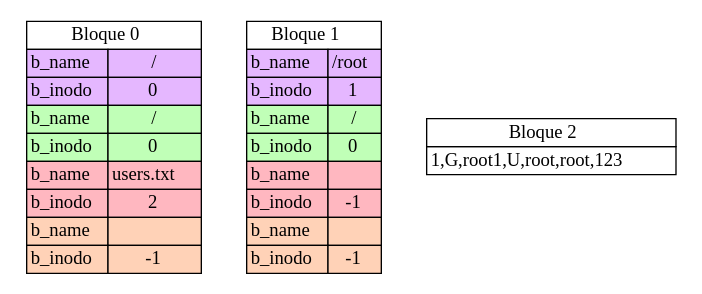
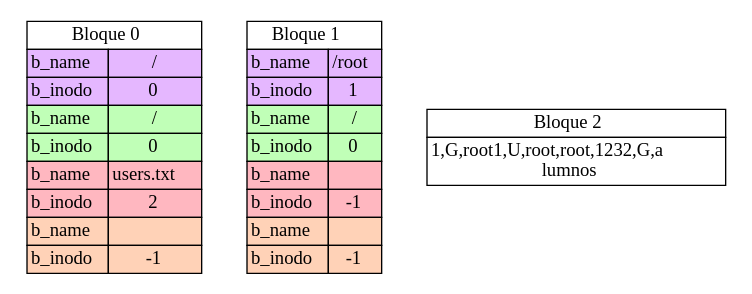
One commit to RojasCJP/Archivos_Practica1 changed the diagram in cmake-build-debug/report_blocks.dot. Above: the diagram before and after it, drawn with Graphviz. The commit also changed 14 other files, not shown here.

```diff
--- a/cmake-build-debug/report_blocks.dot
+++ b/cmake-build-debug/report_blocks.dot
@@ -1,36 +1,37 @@
 digraph di{
 b_0[ shape=plaintext label=< 
 <table border='0' cellborder='1' cellspacing='0'>
 <tr><td port="0" colspan="3">Bloque 0</td></tr>
 <tr><td bgcolor="#e5b7ff">b_name</td><td bgcolor="#e5b7ff" >/</td></tr>
 <tr><td bgcolor="#e5b7ff">b_inodo</td><td bgcolor="#e5b7ff">0</td></tr>
 <tr><td bgcolor="#c0ffb7">b_name</td><td bgcolor="#c0ffb7" >/</td></tr>
 <tr><td bgcolor="#c0ffb7">b_inodo</td><td bgcolor="#c0ffb7">0</td></tr>
 <tr><td bgcolor="#ffb7c0">b_name</td><td bgcolor="#ffb7c0" port="ib208">users.txt</td></tr>
 <tr><td bgcolor="#ffb7c0">b_inodo</td><td bgcolor="#ffb7c0">2</td></tr>
 <tr><td bgcolor="#ffd2b7">b_name</td><td bgcolor="#ffd2b7" ></td></tr>
 <tr><td bgcolor="#ffd2b7">b_inodo</td><td bgcolor="#ffd2b7">-1</td></tr>
 </table>
 >];
 b_1[ shape=plaintext label=< 
 <table border='0' cellborder='1' cellspacing='0'>
 <tr><td port="208" colspan="3">Bloque 1</td></tr>
 <tr><td bgcolor="#e5b7ff">b_name</td><td bgcolor="#e5b7ff" >/root</td></tr>
 <tr><td bgcolor="#e5b7ff">b_inodo</td><td bgcolor="#e5b7ff">1</td></tr>
 <tr><td bgcolor="#c0ffb7">b_name</td><td bgcolor="#c0ffb7" port="ib0">/</td></tr>
 <tr><td bgcolor="#c0ffb7">b_inodo</td><td bgcolor="#c0ffb7">0</td></tr>
 <tr><td bgcolor="#ffb7c0">b_name</td><td bgcolor="#ffb7c0" ></td></tr>
 <tr><td bgcolor="#ffb7c0">b_inodo</td><td bgcolor="#ffb7c0">-1</td></tr>
 <tr><td bgcolor="#ffd2b7">b_name</td><td bgcolor="#ffd2b7" ></td></tr>
 <tr><td bgcolor="#ffd2b7">b_inodo</td><td bgcolor="#ffd2b7">-1</td></tr>
 </table>
 >];
 b_2[ shape=plaintext label=< 
 <table border='0' cellborder='1' cellspacing='0'>
 <tr><td port="416">Bloque 2</td></tr>
 <tr><td>1,G,root
 1,U,root,root,123
+2,G,a<br/>lumnos
 </td></tr>
 </table>
 >];
 }
```
